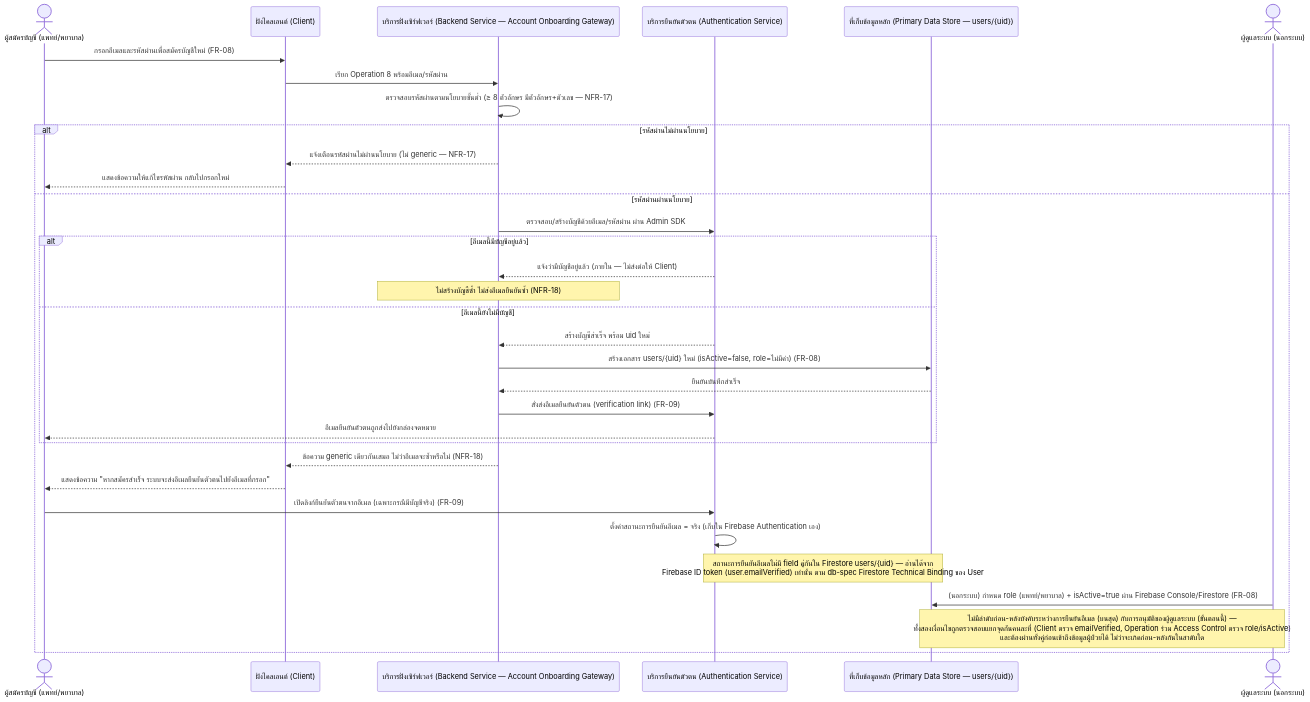
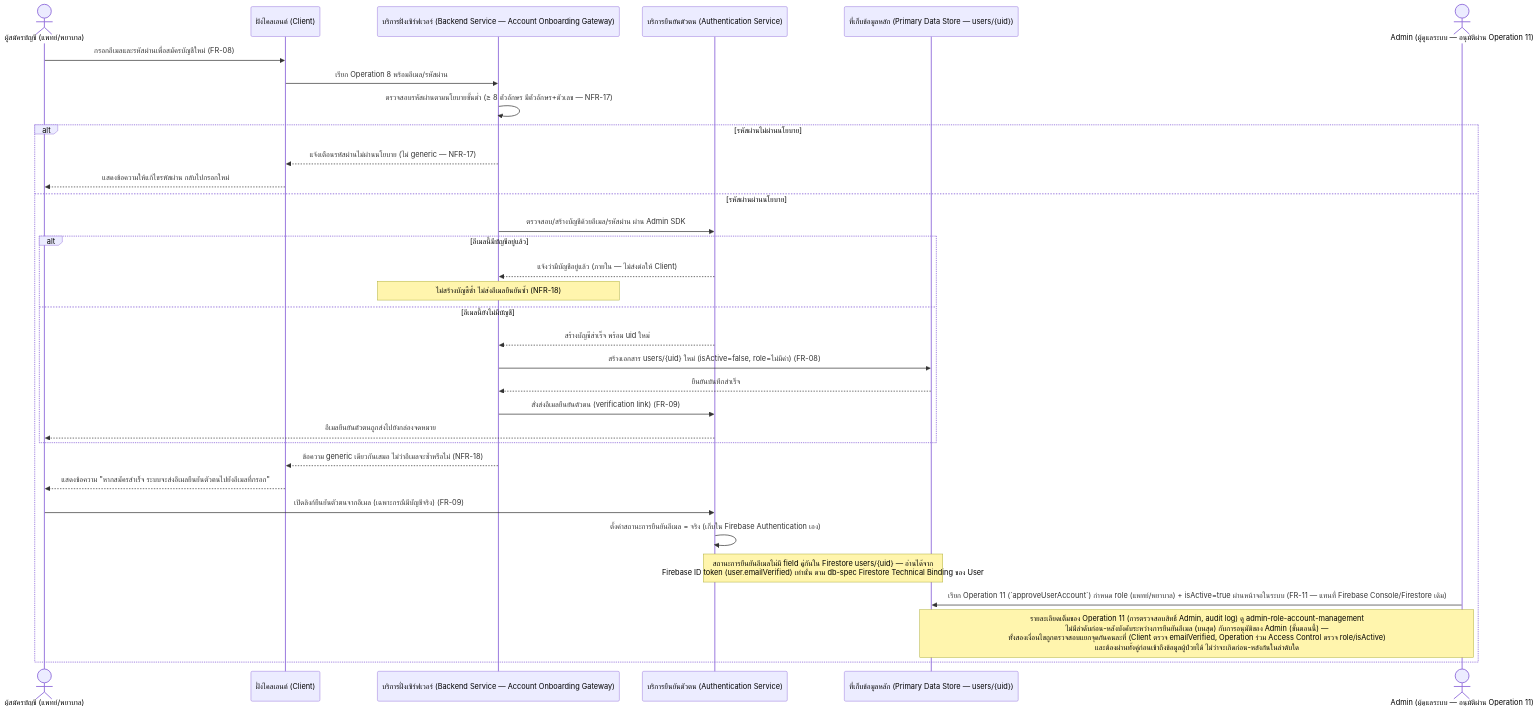
Before and after one commit to fadtypat/track-ncds: the first of 4 diagrams in docs/02-design/02-technical/detailed-design/user-authentication-email-password.md, drawn with Mermaid. The commit also changed other lines of this file and 34 other files, not shown here.

First line of the commit message:
Design admin role and risk override across technical docs, prototype and plan

````diff
--- a/docs/02-design/02-technical/detailed-design/user-authentication-email-password.md
+++ b/docs/02-design/02-technical/detailed-design/user-authentication-email-password.md
@@ -29,36 +36,36 @@
 ```mermaid
 sequenceDiagram
     actor User as ผู้สมัครบัญชี (แพทย์/พยาบาล)
     participant Client as ฝั่งไคลเอนต์ (Client)
     participant Backend as บริการฝั่งเซิร์ฟเวอร์ (Backend Service — Account Onboarding Gateway)
     participant Auth as บริการยืนยันตัวตน (Authentication Service)
     participant Store as ที่เก็บข้อมูลหลัก (Primary Data Store — users/{uid})
-    actor Admin as ผู้ดูแลระบบ (นอกระบบ)
+    actor Admin as Admin (ผู้ดูแลระบบ — อนุมัติผ่าน Operation 11)
 
     User->>Client: กรอกอีเมลและรหัสผ่านเพื่อสมัครบัญชีใหม่ (FR-08)
     Client->>Backend: เรียก Operation 8 พร้อมอีเมล/รหัสผ่าน
     Backend->>Backend: ตรวจสอบรหัสผ่านตามนโยบายขั้นต่ำ (≥ 8 ตัวอักษร มีตัวอักษร+ตัวเลข — NFR-17)
     alt รหัสผ่านไม่ผ่านนโยบาย
         Backend-->>Client: แจ้งเตือนรหัสผ่านไม่ผ่านนโยบาย (ไม่ generic — NFR-17)
         Client-->>User: แสดงข้อความให้แก้ไขรหัสผ่าน กลับไปกรอกใหม่
     else รหัสผ่านผ่านนโยบาย
         Backend->>Auth: ตรวจสอบ/สร้างบัญชีด้วยอีเมล/รหัสผ่าน ผ่าน Admin SDK
         alt อีเมลนี้มีบัญชีอยู่แล้ว
             Auth-->>Backend: แจ้งว่ามีบัญชีอยู่แล้ว (ภายใน — ไม่ส่งต่อให้ Client)
             Note over Backend: ไม่สร้างบัญชีซ้ำ ไม่ส่งอีเมลยืนยันซ้ำ (NFR-18)
         else อีเมลนี้ยังไม่มีบัญชี
             Auth-->>Backend: สร้างบัญชีสำเร็จ พร้อม uid ใหม่
             Backend->>Store: สร้างเอกสาร users/{uid} ใหม่ (isActive=false, role=ไม่มีค่า) (FR-08)
             Store-->>Backend: ยืนยันบันทึกสำเร็จ
             Backend->>Auth: สั่งส่งอีเมลยืนยันตัวตน (verification link) (FR-09)
             Auth-->>User: อีเมลยืนยันตัวตนถูกส่งไปยังกล่องจดหมาย
         end
         Backend-->>Client: ข้อความ generic เดียวกันเสมอ ไม่ว่าอีเมลจะซ้ำหรือไม่ (NFR-18)
         Client-->>User: แสดงข้อความ "หากสมัครสำเร็จ ระบบจะส่งอีเมลยืนยันตัวตนไปยังอีเมลที่กรอก"
         User->>Auth: เปิดลิงก์ยืนยันตัวตนจากอีเมล (เฉพาะกรณีมีบัญชีจริง) (FR-09)
         Auth->>Auth: ตั้งค่าสถานะการยืนยันอีเมล = จริง (เก็บใน Firebase Authentication เอง)
         Note over Auth,Store: สถานะการยืนยันอีเมลไม่มี field คู่กันใน Firestore users/{uid} — อ่านได้จาก<br/>Firebase ID token (user.emailVerified) เท่านั้น ตาม db-spec Firestore Technical Binding ของ User
-        Admin->>Store: (นอกระบบ) กำหนด role (แพทย์/พยาบาล) + isActive=true ผ่าน Firebase Console/Firestore (FR-08)
-        Note over Admin,Store: ไม่มีลำดับก่อน-หลังบังคับระหว่างการยืนยันอีเมล (บนสุด) กับการอนุมัติของผู้ดูแลระบบ (ขั้นตอนนี้) —<br/>ทั้งสองเงื่อนไขถูกตรวจสอบแยกจุดกันคนละที่ (Client ตรวจ emailVerified, Operation ร่วม Access Control ตรวจ role/isActive)<br/>และต้องผ่านทั้งคู่ก่อนเข้าถึงข้อมูลผู้ป่วยได้ ไม่ว่าจะเกิดก่อน-หลังกันในลำดับใด
+        Admin->>Store: เรียก Operation 11 (`approveUserAccount`) กำหนด role (แพทย์/พยาบาล) + isActive=true ผ่านหน้าจอในระบบ (FR-11 — แทนที่ Firebase Console/Firestore เดิม)
+        Note over Admin,Store: รายละเอียดเต็มของ Operation 11 (การตรวจสอบสิทธิ์ Admin, audit log) ดู admin-role-account-management<br/>ไม่มีลำดับก่อน-หลังบังคับระหว่างการยืนยันอีเมล (บนสุด) กับการอนุมัติของ Admin (ขั้นตอนนี้) —<br/>ทั้งสองเงื่อนไขถูกตรวจสอบแยกจุดกันคนละที่ (Client ตรวจ emailVerified, Operation ร่วม Access Control ตรวจ role/isActive)<br/>และต้องผ่านทั้งคู่ก่อนเข้าถึงข้อมูลผู้ป่วยได้ ไม่ว่าจะเกิดก่อน-หลังกันในลำดับใด
     end
 ```
````
